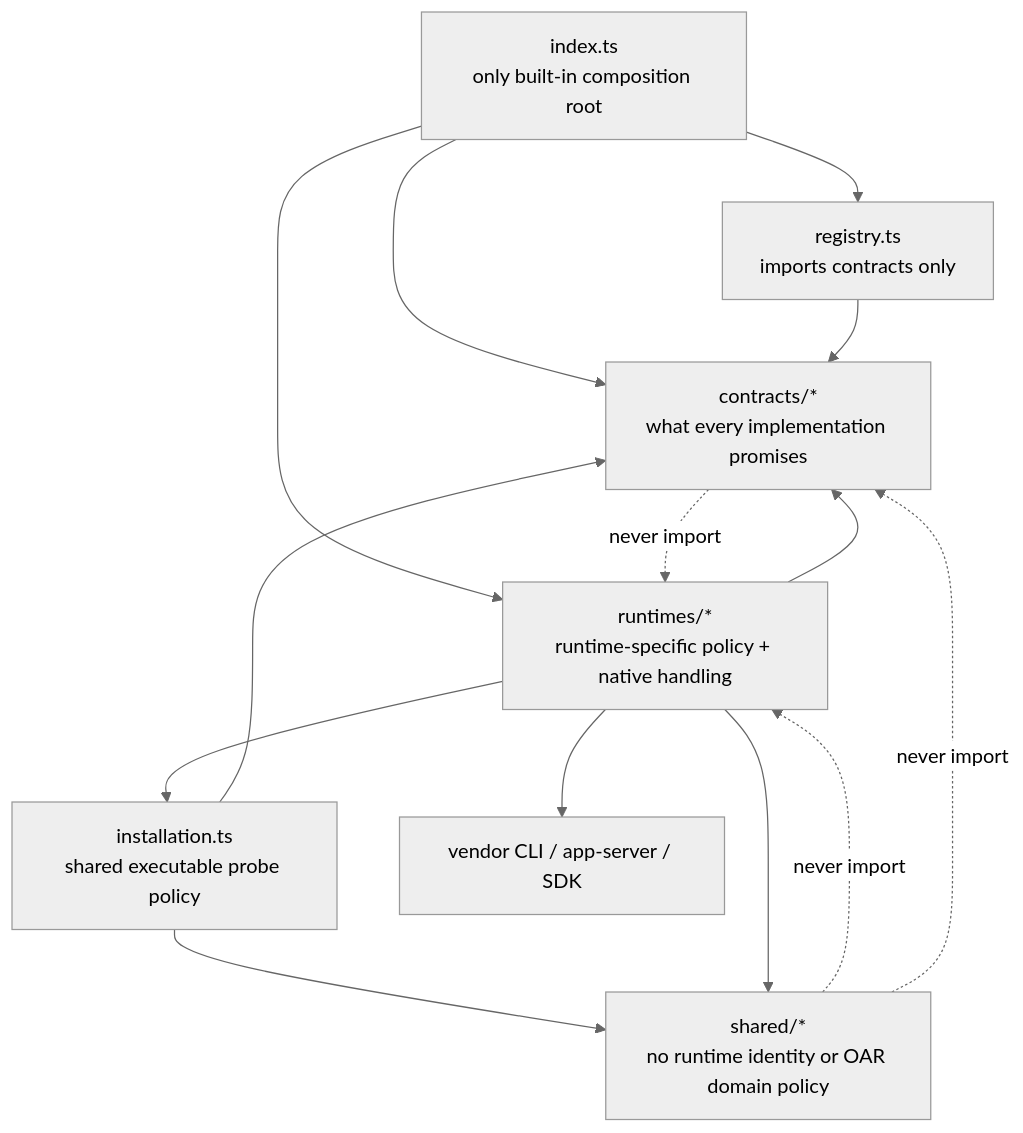
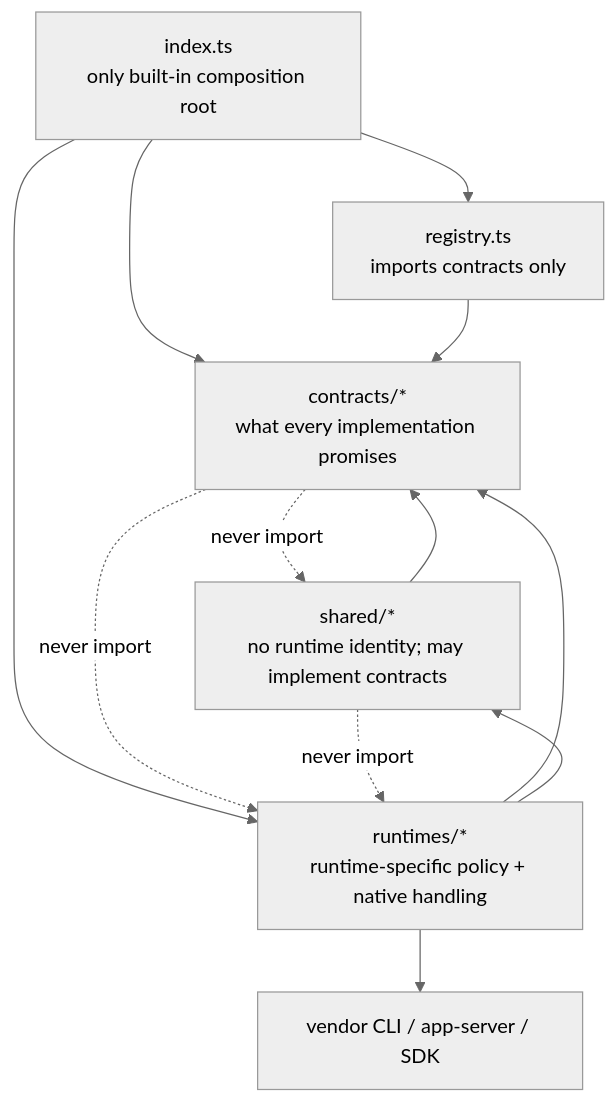
Before and after one commit to botiverse/oar: the diagram in packages/oar/src/AGENTS.md, drawn with Mermaid (neutral theme). The commit also changed other lines of this file and 7 other files, not shown here.

First line of the commit message:
refactor: collapse installation probe into shared candidates function

````diff
--- a/packages/oar/src/AGENTS.md
+++ b/packages/oar/src/AGENTS.md
@@ -13,25 +12,22 @@
 ```mermaid
 flowchart TB
   Entry[index.ts<br/>only built-in composition root]
   Registry[registry.ts<br/>imports contracts only]
-  Installation[installation.ts<br/>shared executable probe policy]
   Contracts[contracts/*<br/>what every implementation promises]
   Runtimes[runtimes/*<br/>runtime-specific policy + native handling]
-  Shared[shared/*<br/>no runtime identity or OAR domain policy]
+  Shared[shared/*<br/>no runtime identity; may implement contracts]
   Native[vendor CLI / app-server / SDK]
 
   Entry --> Registry
   Entry --> Contracts
   Entry --> Runtimes
   Registry --> Contracts
-  Installation --> Contracts
-  Installation --> Shared
   Runtimes --> Contracts
-  Runtimes --> Installation
   Runtimes --> Shared
   Runtimes --> Native
+  Shared --> Contracts
 
+  Contracts -. never import .-> Shared
   Contracts -. never import .-> Runtimes
   Shared -. never import .-> Runtimes
-  Shared -. never import .-> Contracts
 ```
````
